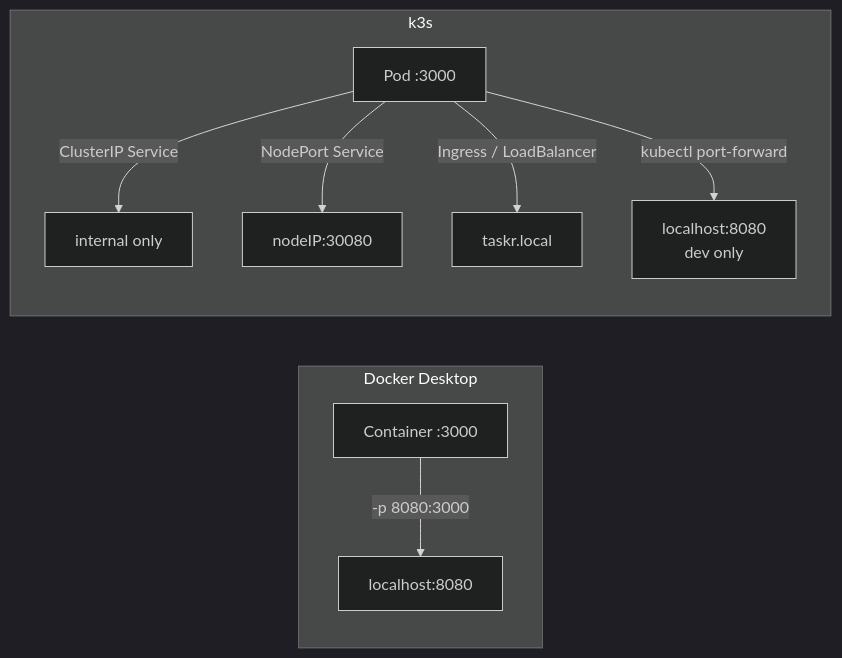
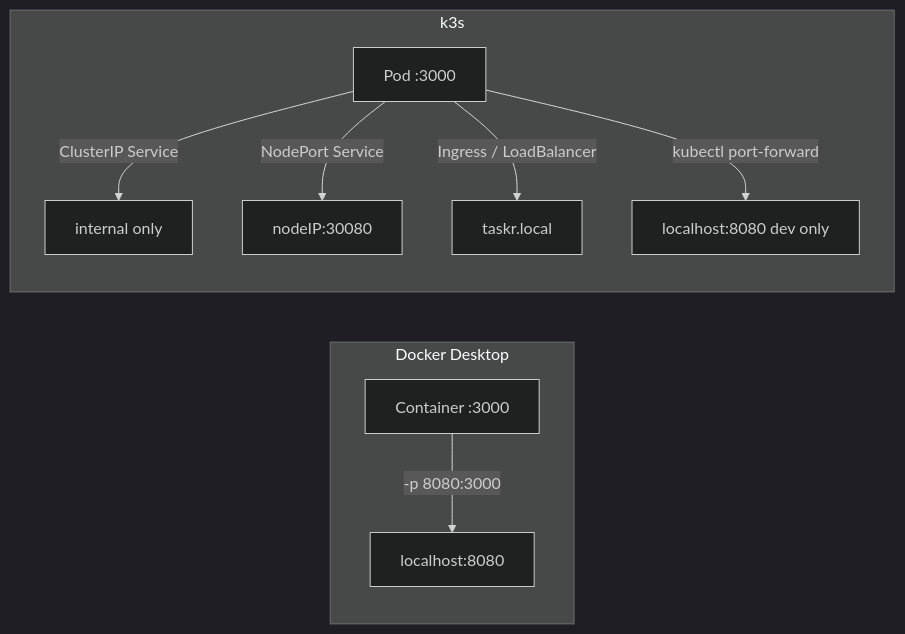
Before and after one commit to UncleJS/course_k3s: the fourth of 7 diagrams in 17_docker_to_k3s/04_docker_gotchas.md, drawn with Mermaid (dark theme). The commit also changed other lines of this file and 57 other files, not shown here.

````diff
--- a/17_docker_to_k3s/04_docker_gotchas.md
+++ b/17_docker_to_k3s/04_docker_gotchas.md
@@ -213,12 +213,12 @@
 ```mermaid
 flowchart LR
     subgraph Docker Desktop
         A[Container :3000] -->|"-p 8080:3000"| B[localhost:8080]
     end
     subgraph k3s
         C[Pod :3000] -->|ClusterIP Service| D[internal only]
         C -->|NodePort Service| E[nodeIP:30080]
         C -->|Ingress / LoadBalancer| F[taskr.local]
-        C -->|kubectl port-forward| G[localhost:8080\ndev only]
+        C -->|kubectl port-forward| G[localhost:8080 dev only]
     end
 ```
````
